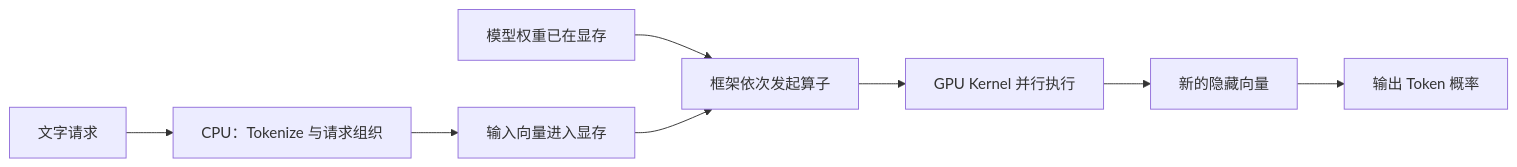
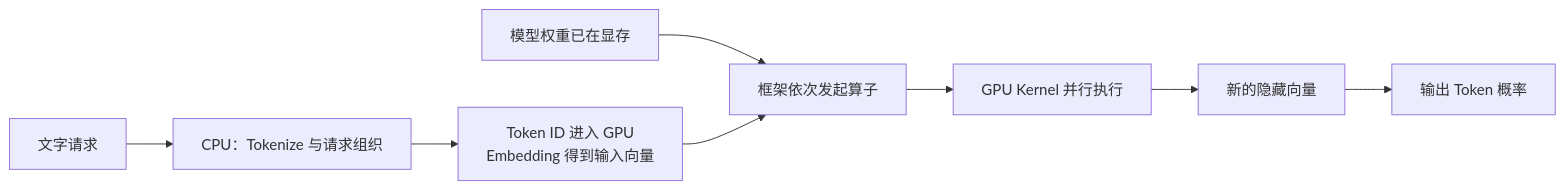
Before and after one commit to NealChristmas/LLM: the first of 2 diagrams in courses/02-inference/d18-gpu-execution/README.md, drawn with Mermaid. The commit also changed other lines of this file and 15 other files, not shown here.

````diff
--- a/courses/02-inference/d18-gpu-execution/README.md
+++ b/courses/02-inference/d18-gpu-execution/README.md
@@ -11,10 +11,10 @@
 ```mermaid
 flowchart LR
     A["文字请求"] --> B["CPU：Tokenize 与请求组织"]
-    B --> C["输入向量进入显存"]
+    B --> C["Token ID 进入 GPU<br/>Embedding 得到输入向量"]
     W["模型权重已在显存"] --> D
     C --> D["框架依次发起算子"]
     D --> E["GPU Kernel 并行执行"]
     E --> F["新的隐藏向量"]
     F --> G["输出 Token 概率"]
 ```
````
